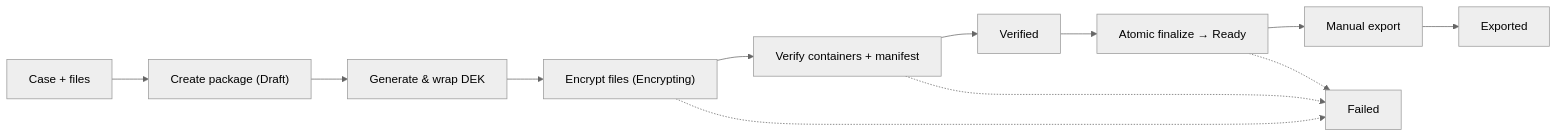
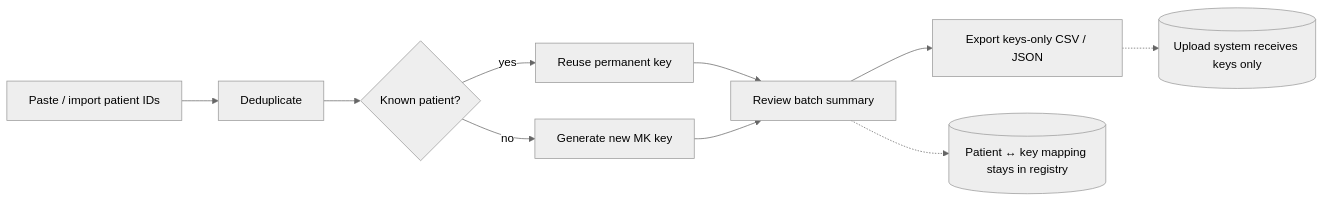
The diagram in README.md (Christian-Bjornstad/MolKey), drawn with Mermaid (neutral theme) before and after one commit. The commit also changed other lines of this file and 47 other files, not shown here.

````diff
--- a/README.md
+++ b/README.md
@@ -55,14 +60,12 @@
 ```mermaid
 flowchart LR
-    A["Case + files"] --> B["Create package (Draft)"]
-    B --> C["Generate & wrap DEK"]
-    C --> D["Encrypt files (Encrypting)"]
-    D --> E["Verify containers + manifest"]
-    E --> F["Verified"]
-    F --> G["Atomic finalize → Ready"]
-    G --> H["Manual export"]
-    H --> I["Exported"]
-    D -.-> J["Failed"]
-    E -.-> J
-    G -.-> J
+    A[Paste / import patient IDs] --> B[Deduplicate]
+    B --> C{Known patient?}
+    C -- yes --> D[Reuse permanent key]
+    C -- no --> E[Generate new MK key]
+    D --> F[Review batch summary]
+    E --> F
+    F --> G[Export keys-only CSV / JSON]
+    G -.-> H[(Upload system receives keys only)]
+    F -.-> I[(Patient ↔ key mapping stays in registry)]
 ```
````
